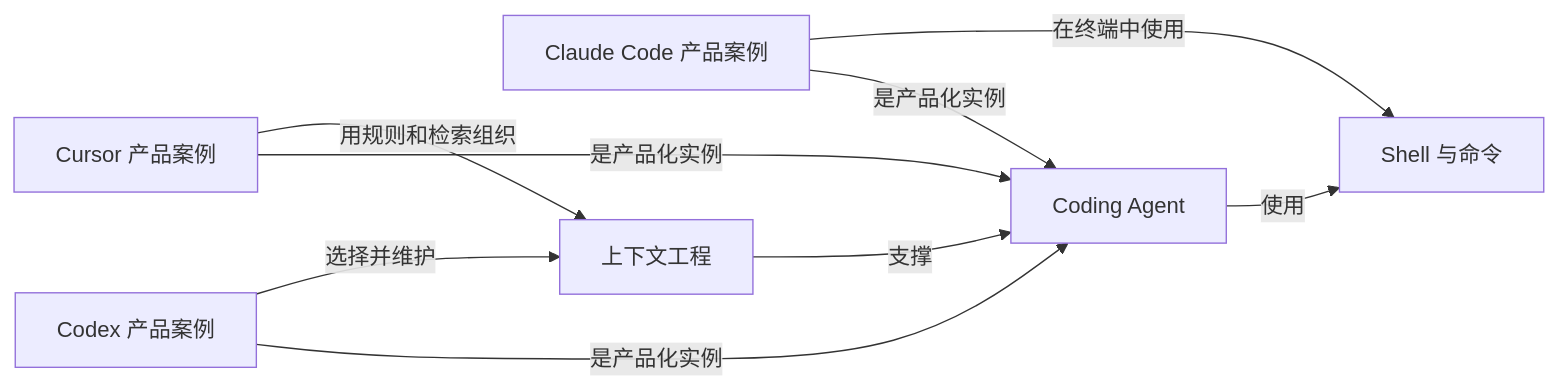
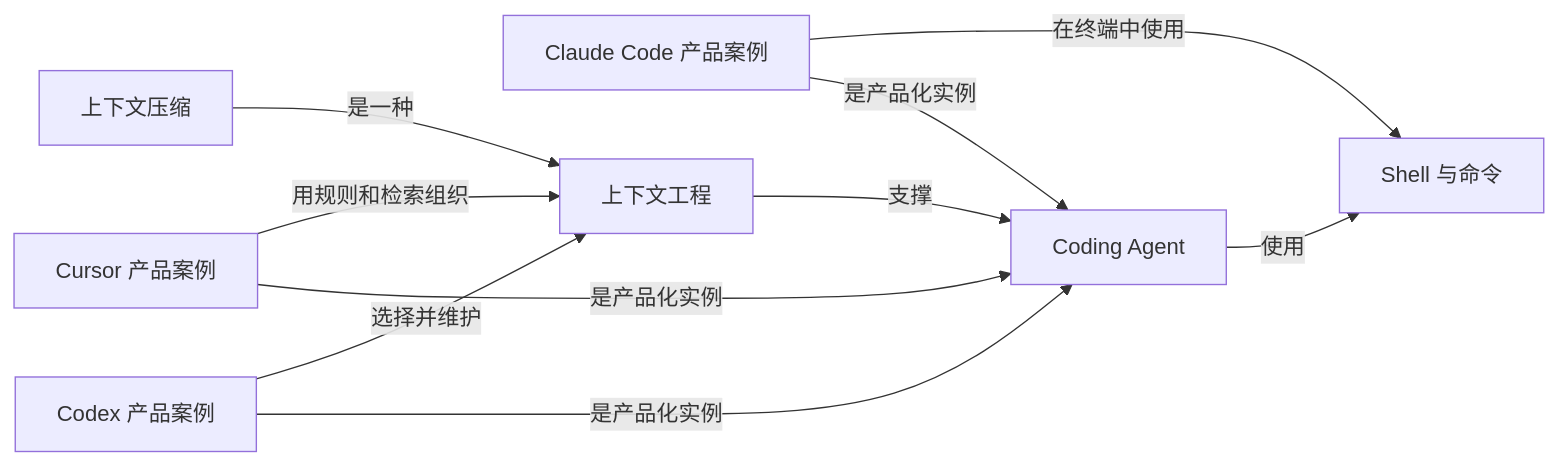
One commit to z-Zihan/LLM-101 changed the seventh of 10 diagrams in 知识网络.md. Above: the diagram before and after it, drawn with Mermaid. The commit also changed other lines of this file and 7 other files, not shown here.

First line of the commit message:
docs(agent): add context compaction deep-dive and wire into knowledge network (#1)

````diff
--- a/知识网络.md
+++ b/知识网络.md
@@ -400,17 +401,19 @@
 ```mermaid
 flowchart LR
     n_coding_agent["Coding Agent"]
     n_codex_product["Codex 产品案例"]
     n_claude_code_product["Claude Code 产品案例"]
     n_cursor_product["Cursor 产品案例"]
     n_context_engineering["上下文工程"]
+    n_context_compaction["上下文压缩"]
     n_shell["Shell 与命令"]
     n_codex_product -->|"是产品化实例"| n_coding_agent
     n_codex_product -->|"选择并维护"| n_context_engineering
     n_claude_code_product -->|"是产品化实例"| n_coding_agent
     n_claude_code_product -->|"在终端中使用"| n_shell
     n_cursor_product -->|"是产品化实例"| n_coding_agent
     n_cursor_product -->|"用规则和检索组织"| n_context_engineering
     n_coding_agent -->|"使用"| n_shell
     n_context_engineering -->|"支撑"| n_coding_agent
+    n_context_compaction -->|"是一种"| n_context_engineering
 ```
````
